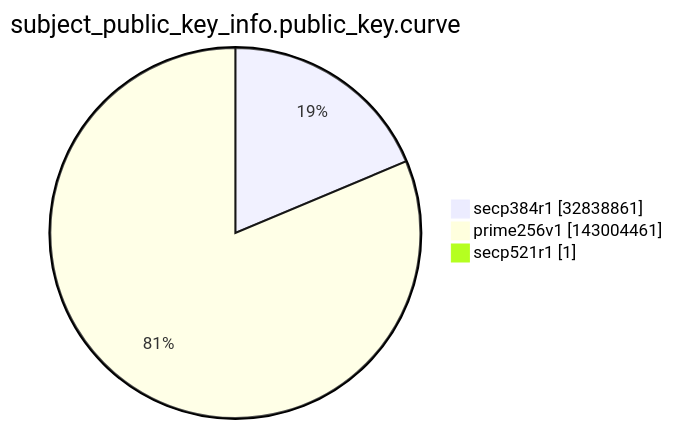
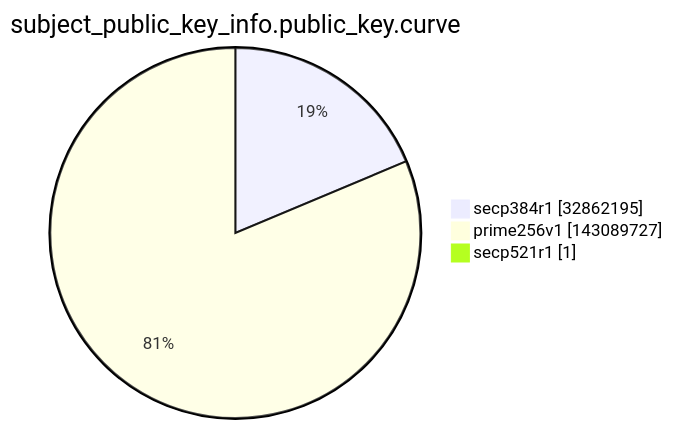
One commit to christiankrug/ctmonitor_visualization changed the ninth of 15 diagrams in argon2022/README.md. Above: the diagram before and after it, drawn with Mermaid. The commit also changed other lines of this file, not shown here.

````diff
--- a/argon2022/README.md
+++ b/argon2022/README.md
@@ -2764,7 +2764,7 @@
 ```mermaid
 pie showData
 title subject_public_key_info.public_key.curve
-"secp384r1" :32838861
-"prime256v1" :143004461
+"secp384r1" :32862195
+"prime256v1" :143089727
 "secp521r1" :1
 ```
````
